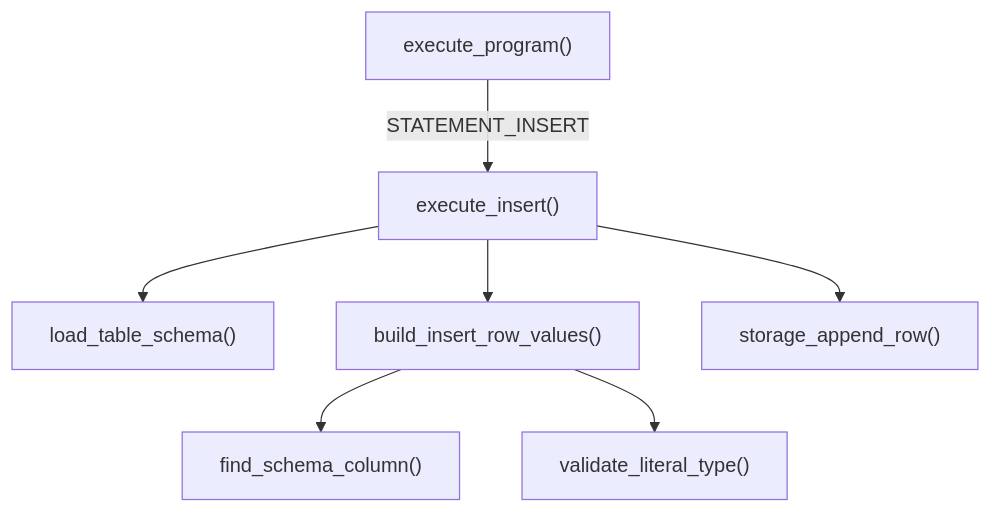
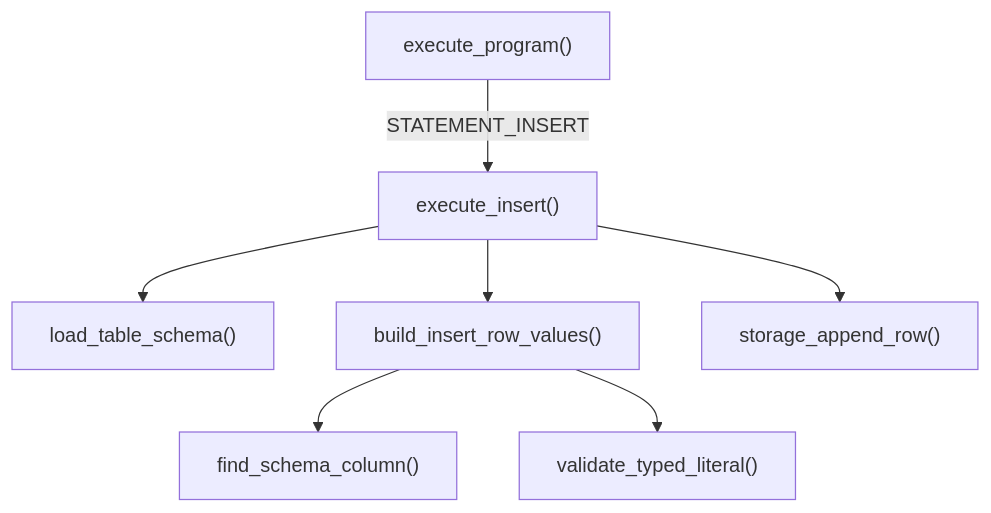
The third of 17 diagrams in docs/storage-executor.md (Jungle-12-303/week6-team5-sql), drawn with Mermaid before and after one commit. The commit also changed other lines of this file and 4 other files, not shown here.

````diff
--- a/docs/storage-executor.md
+++ b/docs/storage-executor.md
@@ -73,17 +80,17 @@
 ```mermaid
 flowchart TD
     EP["execute_program()"]
     EI["execute_insert()"]
     LTS["load_table_schema()"]
     BIRV["build_insert_row_values()"]
     FSC["find_schema_column()"]
-    VLT["validate_literal_type()"]
+    VLT["validate_typed_literal()"]
     SAR["storage_append_row()"]
 
     EP -->|"STATEMENT_INSERT"| EI
     EI --> LTS
     EI --> BIRV
     BIRV --> FSC
     BIRV --> VLT
     EI --> SAR
 ```
````
